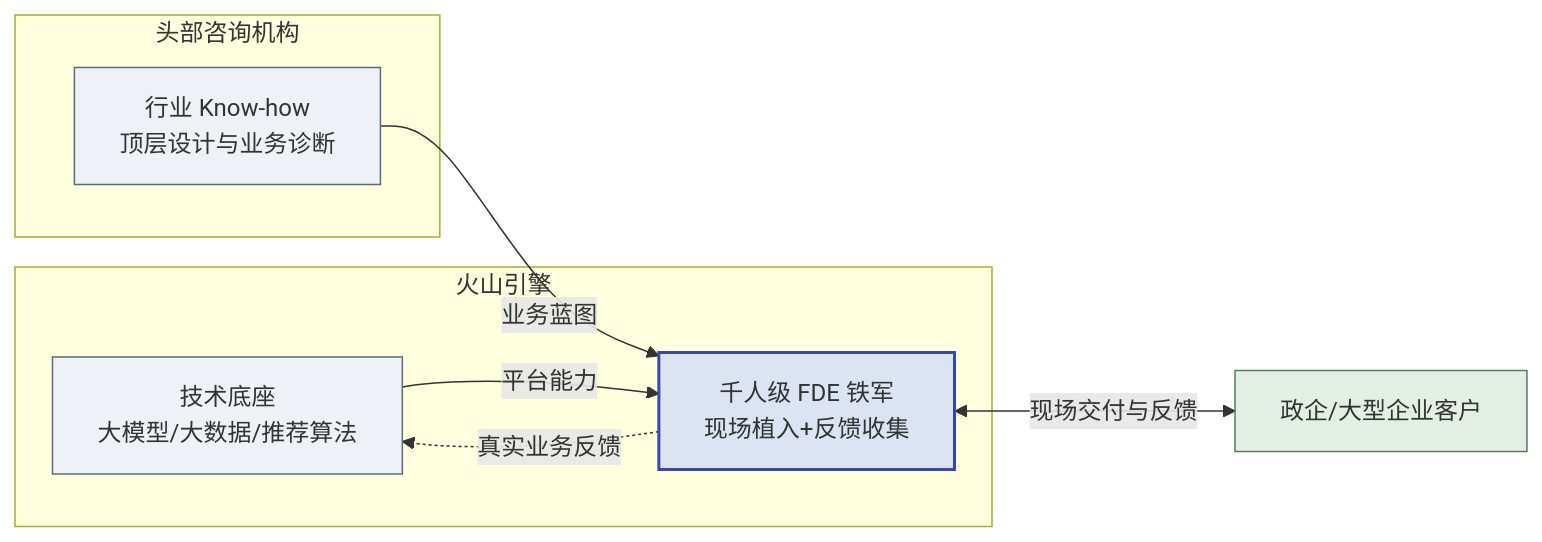
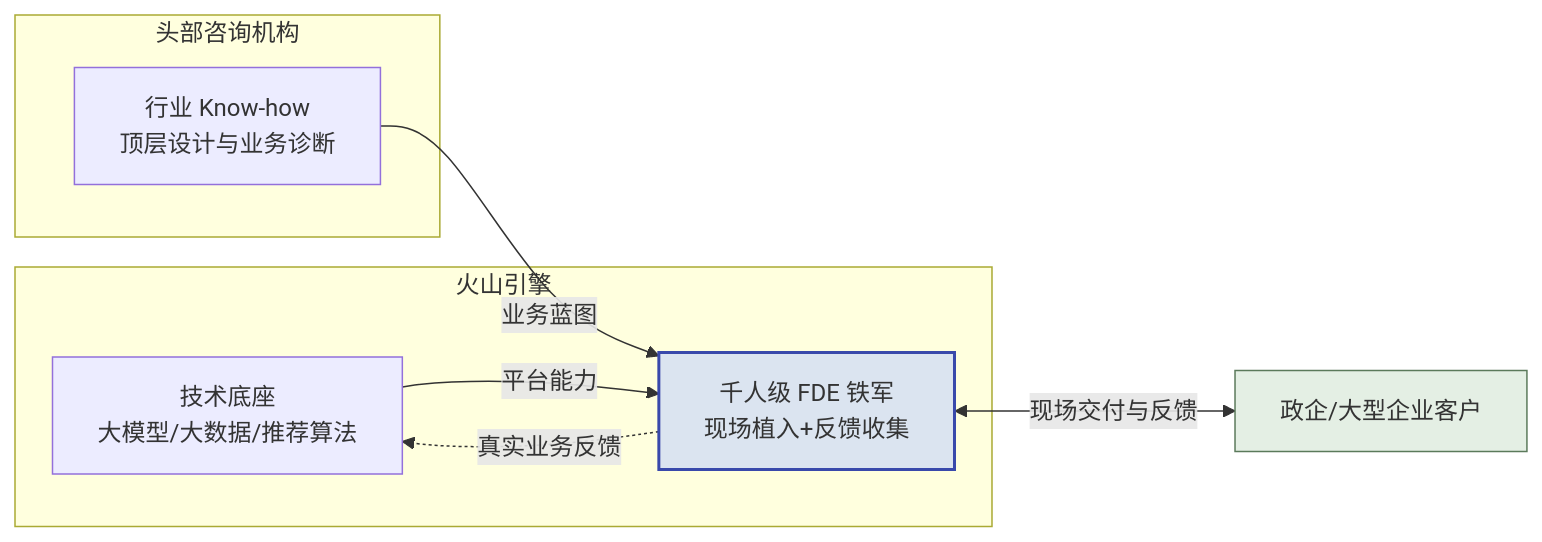
One commit to cloudzun/fde-course changed the fourth of 4 diagrams in textbook/第13章_中国云服务商的FDE实践图谱.md. Above: the diagram before and after it, drawn with Mermaid. The commit also changed other lines of this file and 10 other files, not shown here.

Commit message:
style: 全库mermaid配色统一以第11章为标准——删主色灰底style，仅保留强调蓝/琥珀金/绿/红四色点缀（40行，方向与第11章图不动）

````diff
--- a/textbook/第13章_中国云服务商的FDE实践图谱.md
+++ b/textbook/第13章_中国云服务商的FDE实践图谱.md
@@ -239,21 +237,19 @@
 ```mermaid
 graph LR
     subgraph vol["火山引擎"]
         P["技术底座<br/>大模型/大数据/推荐算法"]
         F["千人级 FDE 铁军<br/>现场植入+反馈收集"]
     end
     subgraph con["头部咨询机构"]
         C["行业 Know-how<br/>顶层设计与业务诊断"]
     end
     Client["政企/大型企业客户"]
 
     C -->|业务蓝图| F
     P -->|平台能力| F
     F <-->|现场交付与反馈| Client
     F -.->|真实业务反馈| P
 
     style F fill:#dbe4f0,stroke:#3949ab,stroke-width:2px
-    style P fill:#eef2f7,stroke:#5a6b7f
-    style C fill:#eef2f7,stroke:#5a6b7f
     style Client fill:#e4efe4,stroke:#5b7a5b
 ```
````
